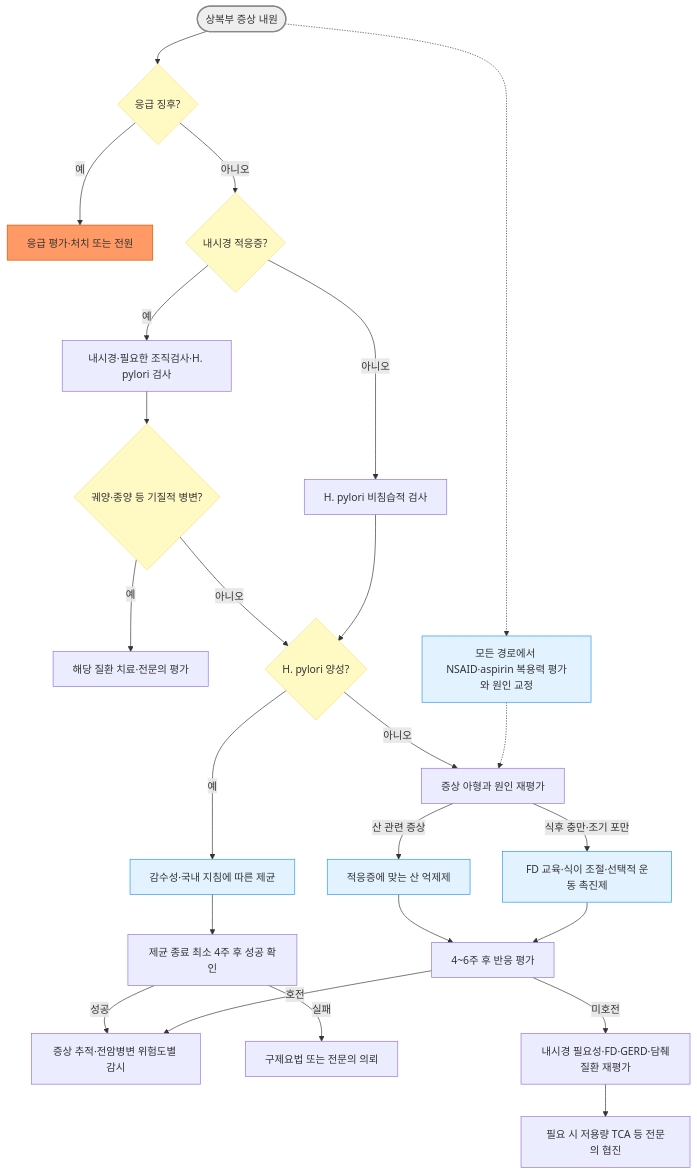
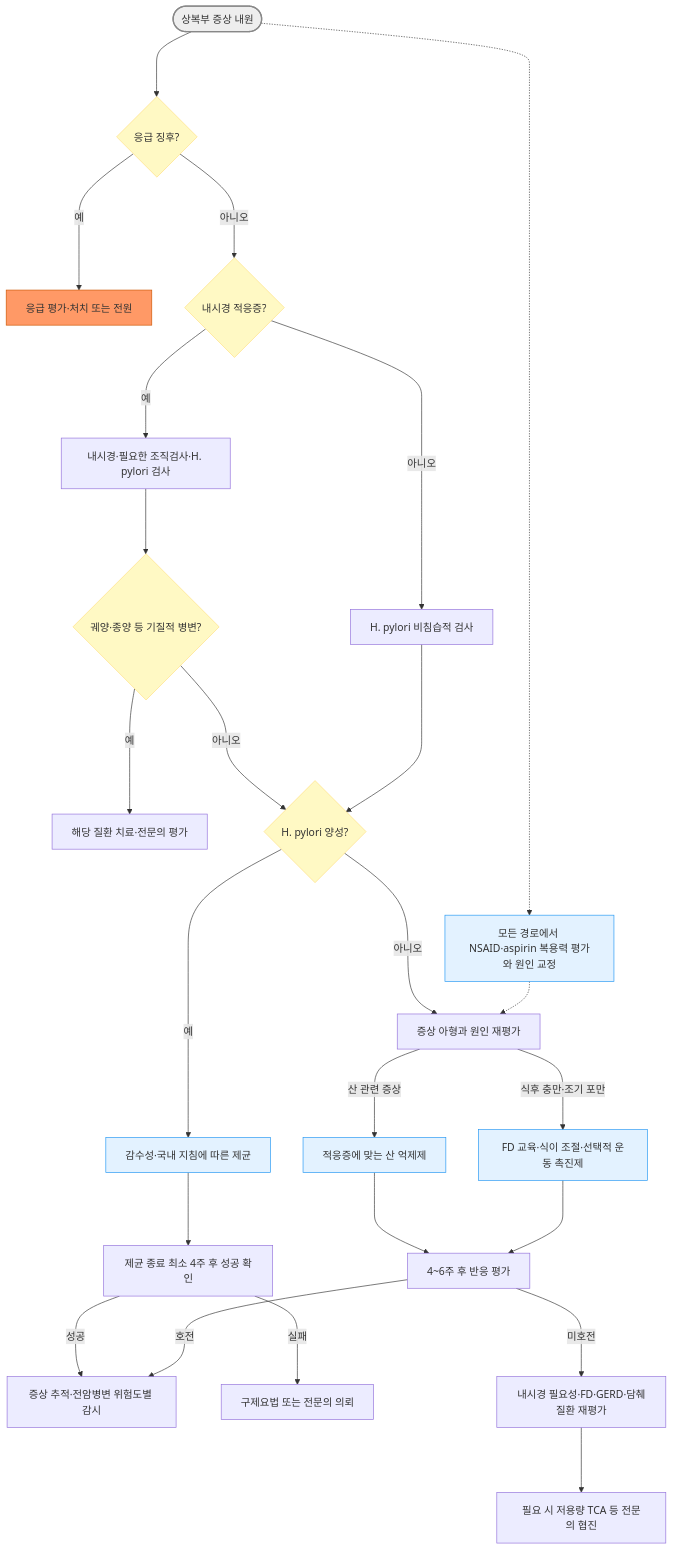
One commit to familyoh77/familyoh77 changed the second of 2 diagrams in 224_/078_-gastritis.md. Above: the diagram before and after it, drawn with Mermaid. The commit also changed other lines of this file and 8 other files, not shown here.

````diff
--- a/224_/078_-gastritis.md
+++ b/224_/078_-gastritis.md
@@ -154,32 +175,32 @@
 ```mermaid
 graph TD
-    A([상복부 증상 내원]) --> B{"응급 징후?"}
-    B -->|예| C["응급 평가·처치 또는 전원"]
-    B -->|아니오| D{"내시경 적응증?"}
-    D -->|예| E["내시경·필요한 조직검사·H. pylori 검사"]
-    D -->|아니오| F["H. pylori 비침습적 검사"]
-    E --> S{"궤양·종양 등 기질적 병변?"}
-    S -->|예| T["해당 질환 치료·전문의 평가"]
-    S -->|아니오| G{"H. pylori 양성?"}
-    F --> G
-    G -->|예| H["감수성·국내 지침에 따른 제균"]
-    H --> J["제균 종료 최소 4주 후 성공 확인"]
-    J -->|성공| K["증상 추적·전암병변 위험도별 감시"]
-    J -->|실패| L["구제요법 또는 전문의 의뢰"]
-    G -->|아니오| I["증상 아형과 원인 재평가"]
-    I -->|산 관련 증상| M["적응증에 맞는 산 억제제"]
-    I -->|식후 충만·조기 포만| N["FD 교육·식이 조절·선택적 운동 촉진제"]
-    M --> P["4~6주 후 반응 평가"]
-    N --> P
-    P -->|호전| K
-    P -->|미호전| Q["내시경 필요성·FD·GERD·담췌질환 재평가"]
-    Q --> R["필요 시 저용량 TCA 등 전문의 협진"]
+    A([상복부 증상 내원]) ---> B{"응급 징후?"}
+    B --->|예| C["응급 평가·처치 또는 전원"]
+    B --->|아니오| D{"내시경 적응증?"}
+    D --->|예| E["내시경·필요한 조직검사·H. pylori 검사"]
+    D --->|아니오| F["H. pylori 비침습적 검사"]
+    E ---> S{"궤양·종양 등 기질적 병변?"}
+    S --->|예| T["해당 질환 치료·전문의 평가"]
+    S --->|아니오| G{"H. pylori 양성?"}
+    F ---> G
+    G --->|예| H["감수성·국내 지침에 따른 제균"]
+    H ---> J["제균 종료 최소 4주 후 성공 확인"]
+    J --->|성공| K["증상 추적·전암병변 위험도별 감시"]
+    J --->|실패| L["구제요법 또는 전문의 의뢰"]
+    G --->|아니오| I["증상 아형과 원인 재평가"]
+    I --->|산 관련 증상| M["적응증에 맞는 산 억제제"]
+    I --->|식후 충만·조기 포만| N["FD 교육·식이 조절·선택적 운동 촉진제"]
+    M ---> P["4~6주 후 반응 평가"]
+    N ---> P
+    P --->|호전| K
+    P --->|미호전| Q["내시경 필요성·FD·GERD·담췌질환 재평가"]
+    Q ---> R["필요 시 저용량 TCA 등 전문의 협진"]
     A -.-> O["모든 경로에서 NSAID·aspirin 복용력 평가와 원인 교정"]
     O -.-> I
     style A fill:#eeeeee,stroke:#888888,stroke-width:2px
     style C fill:#ff9966,stroke:#cc5500
     classDef yellow fill:#fff9c4,stroke:#ffe082
     class B,D,S,G yellow
     classDef sky fill:#e3f2ff,stroke:#2196f3
     class H,M,N,O sky
 ```
````
